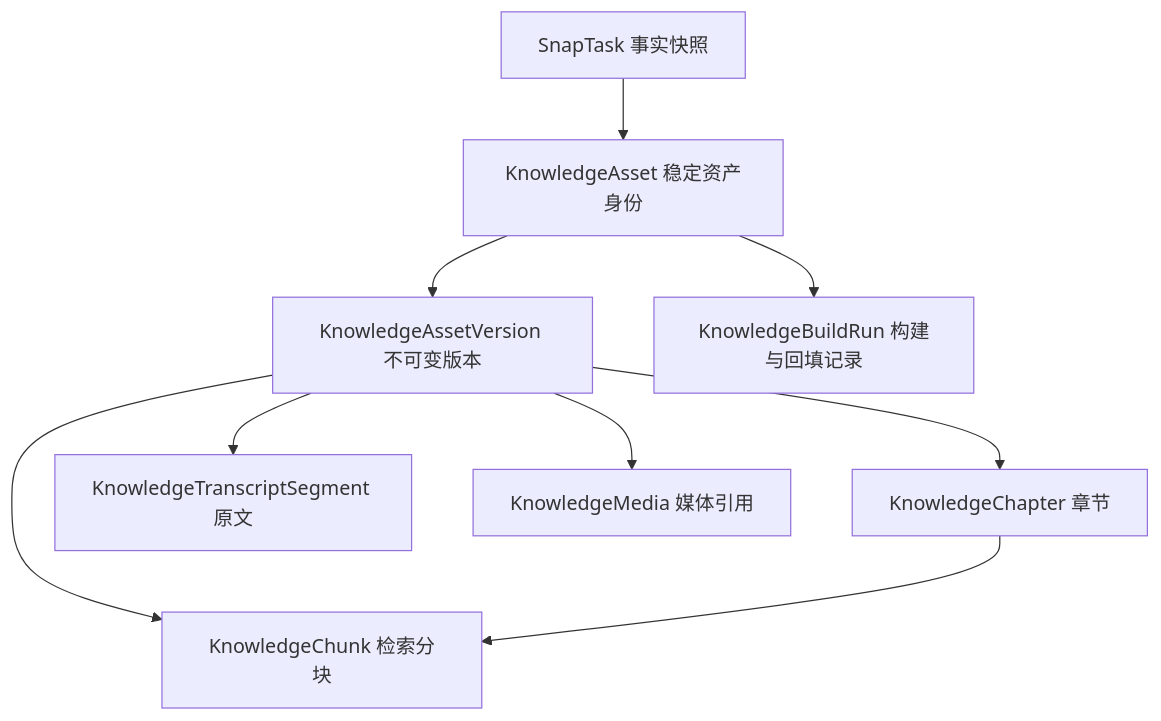
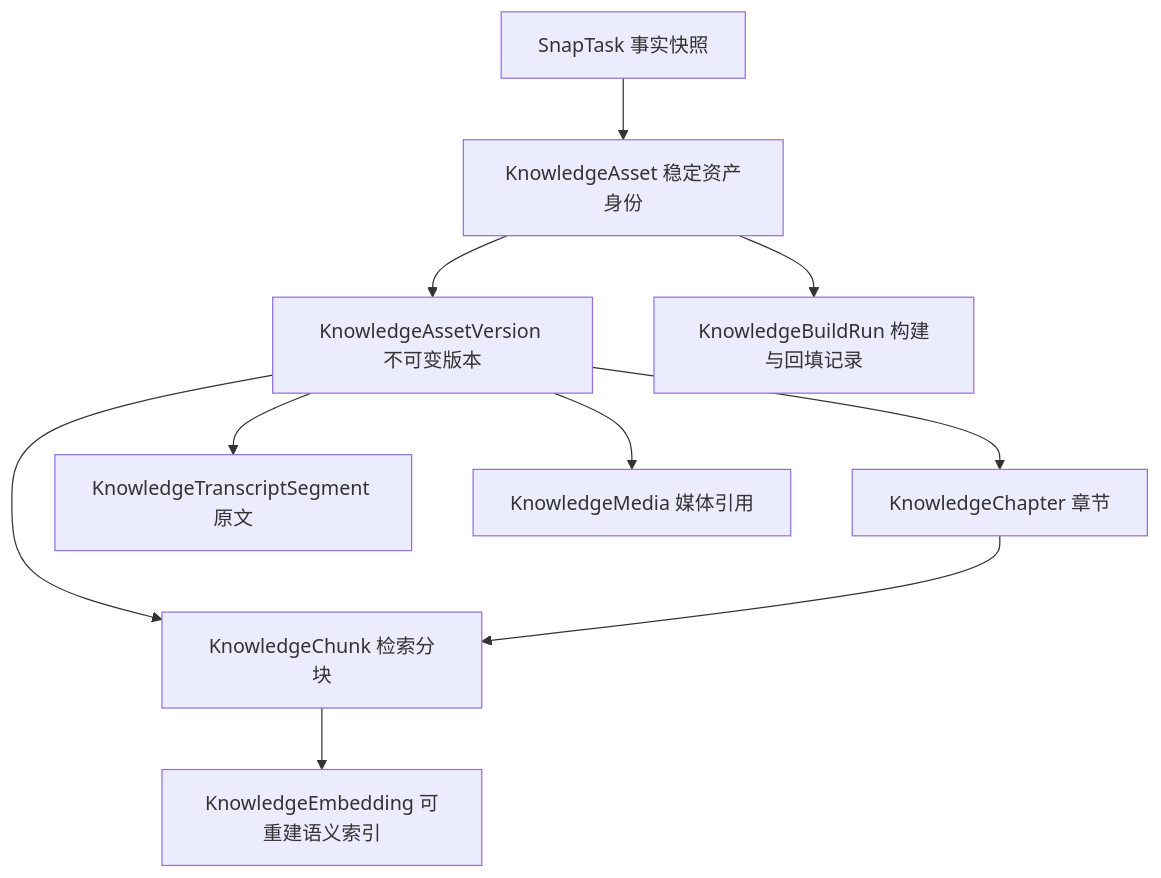
One commit to guyue356/SnapNote changed the fifth of 5 diagrams in README.md. Above: the diagram before and after it, drawn with Mermaid. The commit also changed other lines of this file and 18 other files, not shown here.

Commit message:
Add optional Qwen3 embedding and hybrid knowledge retrieval

````diff
--- a/README.md
+++ b/README.md
@@ -535,11 +559,12 @@
 ```mermaid
 flowchart TD
     Task["SnapTask 事实快照"] --> Asset["KnowledgeAsset 稳定资产身份"]
     Asset --> Version["KnowledgeAssetVersion 不可变版本"]
     Asset --> Run["KnowledgeBuildRun 构建与回填记录"]
     Version --> Chapter["KnowledgeChapter 章节"]
     Version --> Transcript["KnowledgeTranscriptSegment 原文"]
     Version --> Chunk["KnowledgeChunk 检索分块"]
+    Chunk --> Embedding["KnowledgeEmbedding 可重建语义索引"]
     Version --> Media["KnowledgeMedia 媒体引用"]
     Chapter --> Chunk
 ```
````
